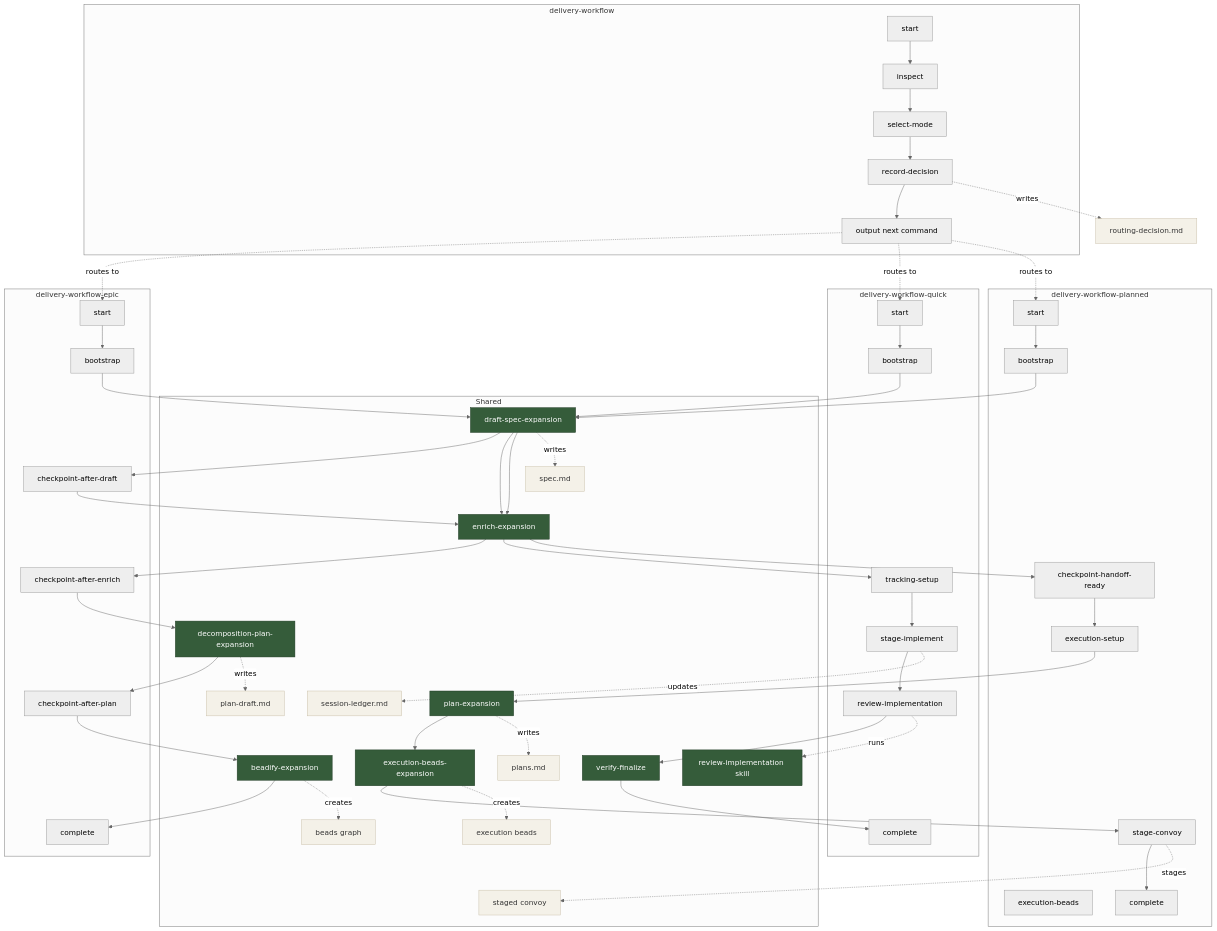
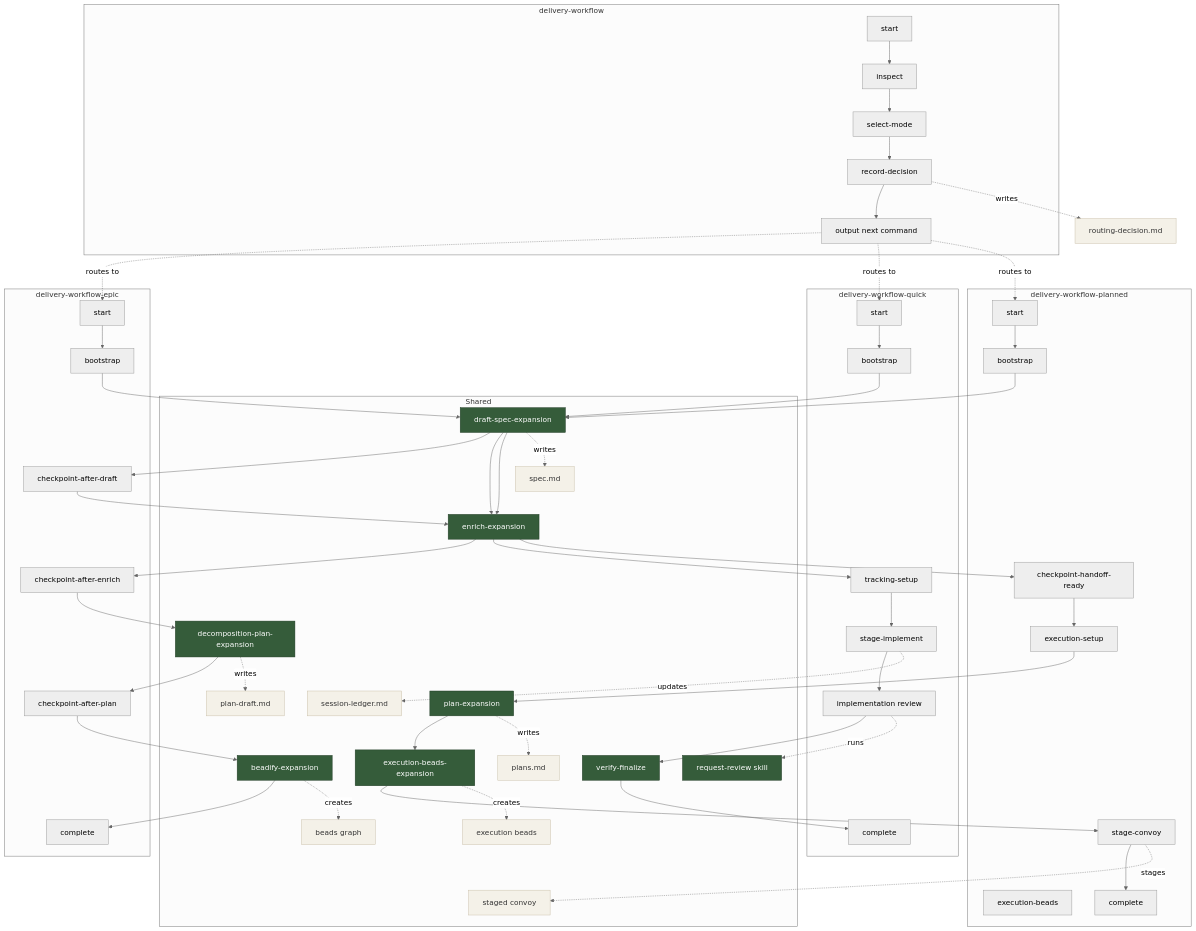
One commit to corymhall/toolkit changed the diagram in gastown/beads/formulas/README.md. Above: the diagram before and after it, drawn with Mermaid (neutral theme). The commit also changed 21 other files, not shown here.

```diff
--- a/gastown/beads/formulas/README.md
+++ b/gastown/beads/formulas/README.md
@@ -56,7 +56,7 @@
         BD["beadify-expansion"]
 
         VF["verify-finalize"]
-        RS["review-implementation skill"]
+        RS["request-review skill"]
 
         SPEC["spec.md"]
         PLAN_DRAFT["plan-draft.md"]
@@ -81,7 +81,7 @@
         DW_BOOT["bootstrap"]
         DW_TRACK["tracking-setup"]
         DW_IMPL["stage-implement"]
-        DW_REVIEW["review-implementation"]
+        DW_REVIEW["implementation review"]
         DW_DONE["complete"]
     end
 
```
